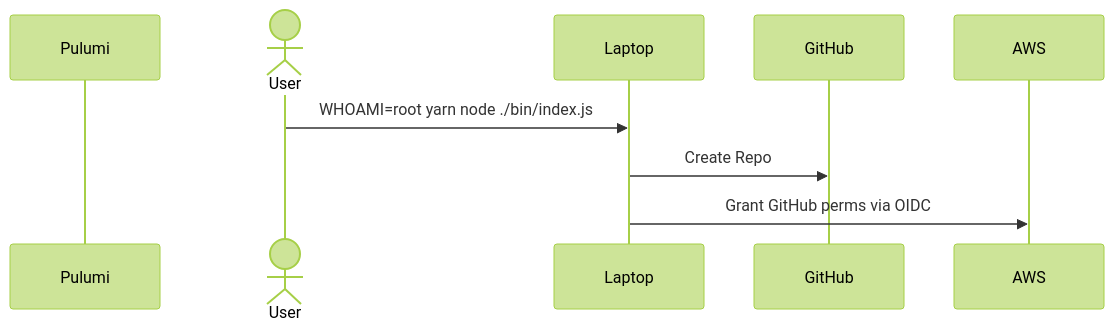
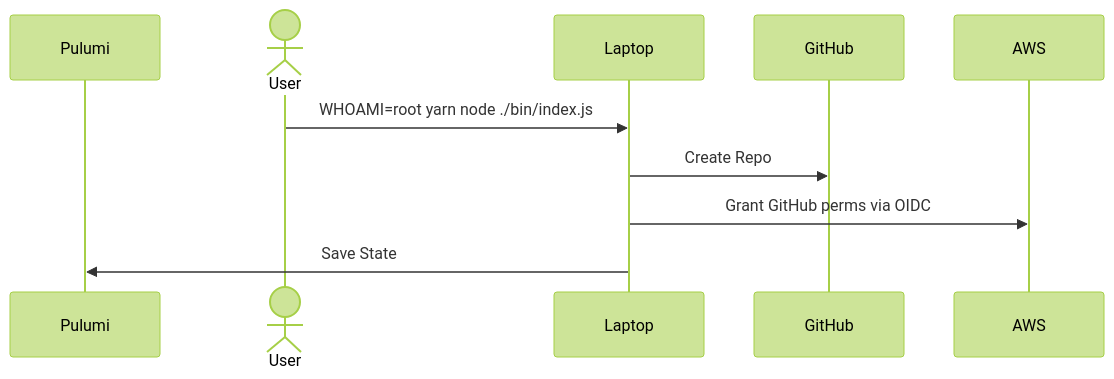
One commit to mchaynes/pulumi-bootstrap changed the first of 2 diagrams in README.md. Above: the diagram before and after it, drawn with Mermaid (forest theme). The commit also changed other lines of this file, not shown here.

````diff
--- a/README.md
+++ b/README.md
@@ -64,11 +76,12 @@
 ```mermaid
 sequenceDiagram
     participant Pulumi
     actor User
     participant Laptop
     participant GitHub
     participant AWS
     User ->> Laptop: WHOAMI=root yarn node ./bin/index.js
     Laptop ->> GitHub: Create Repo
     Laptop ->> AWS: Grant GitHub perms via OIDC
+    Laptop ->> Pulumi: Save State
 ```
````
